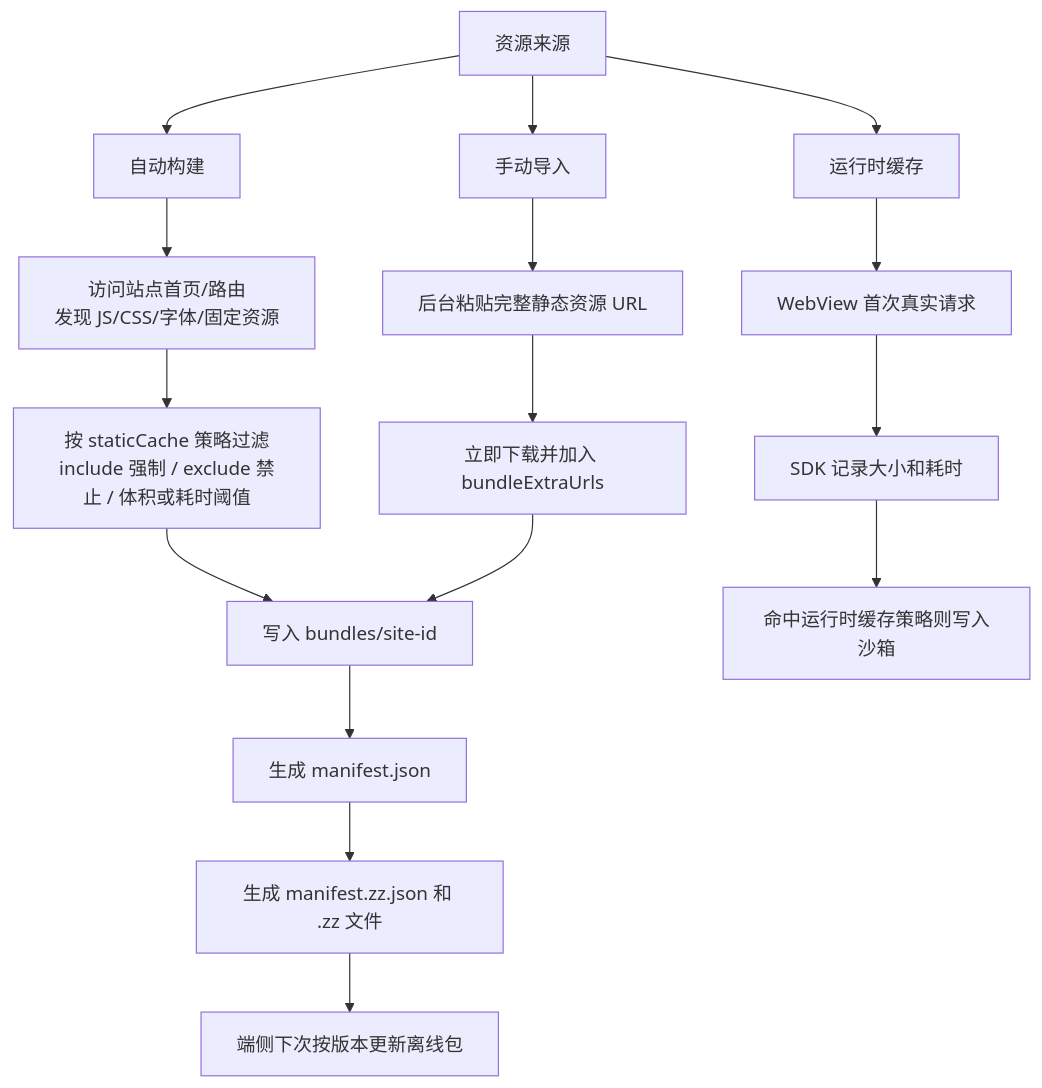
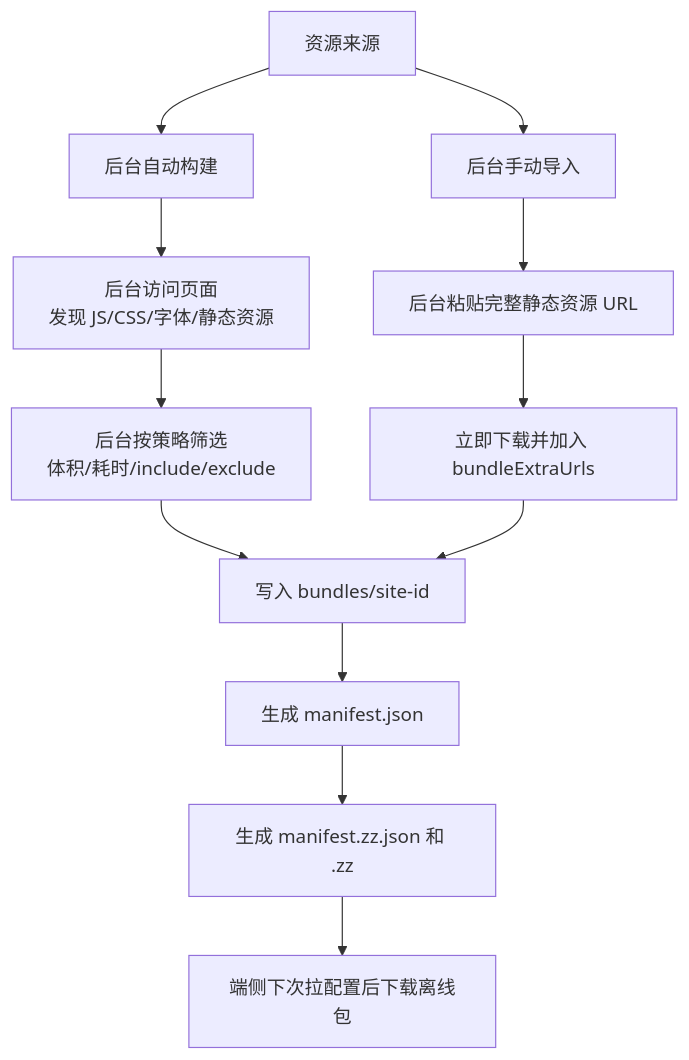
Before and after one commit to XiGuaShuai/harm-youhua: the second of 5 diagrams in OFFLINE_BUNDLE_ARCHITECTURE.md, drawn with Mermaid. The commit also changed other lines of this file and 15 other files, not shown here.

````diff
--- a/OFFLINE_BUNDLE_ARCHITECTURE.md
+++ b/OFFLINE_BUNDLE_ARCHITECTURE.md
@@ -42,22 +41,17 @@
 ```mermaid
 flowchart TD
-  A[资源来源] --> B[自动构建]
-  A --> C[手动导入]
-  A --> D[运行时缓存]
+  A[资源来源] --> B[后台自动构建]
+  A --> C[后台手动导入]
 
-  B --> B1[访问站点首页/路由<br/>发现 JS/CSS/字体/固定资源]
-  B1 --> B2[按 staticCache 策略过滤<br/>include 强制 / exclude 禁止 / 体积或耗时阈值]
+  B --> B1[后台访问页面<br/>发现 JS/CSS/字体/静态资源]
+  B1 --> B2[后台按策略筛选<br/>体积/耗时/include/exclude]
   B2 --> E[写入 bundles/site-id]
 
   C --> C1[后台粘贴完整静态资源 URL]
   C1 --> C2[立即下载并加入 bundleExtraUrls]
   C2 --> E
 
-  D --> D1[WebView 首次真实请求]
-  D1 --> D2[SDK 记录大小和耗时]
-  D2 --> D3[命中运行时缓存策略则写入沙箱]
-
   E --> F[生成 manifest.json]
-  F --> G[生成 manifest.zz.json 和 .zz 文件]
-  G --> H[端侧下次按版本更新离线包]
+  F --> G[生成 manifest.zz.json 和 .zz]
+  G --> H[端侧下次拉配置后下载离线包]
 ```
````
